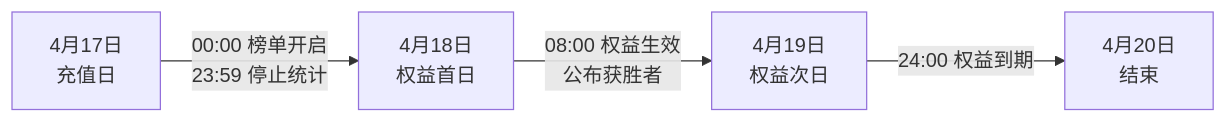
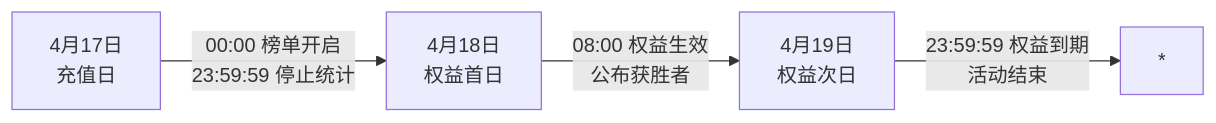
The first of 3 diagrams in src/campaign/pages/005-01-monthly-recharge-king/PRD.md (covetworld-png/dinoisland), drawn with Mermaid before and after one commit.

Commit message:
docs(005-01): 修正运营时间线边界
- 明确权益于 4月19日 23:59:59 到期结束
- 移除流程图中多余的 4月20日 节点

````diff
--- a/src/campaign/pages/005-01-monthly-recharge-king/PRD.md
+++ b/src/campaign/pages/005-01-monthly-recharge-king/PRD.md
@@ -24,6 +24,6 @@
 ```mermaid
 flowchart LR
-    A[4月17日<br/>充值日] -->|00:00 榜单开启<br/>23:59 停止统计| B[4月18日<br/>权益首日]
+    A[4月17日<br/>充值日] -->|00:00 榜单开启<br/>23:59:59 停止统计| B[4月18日<br/>权益首日]
     B -->|08:00 权益生效<br/>公布获胜者| C[4月19日<br/>权益次日]
-    C -->|24:00 权益到期| D[4月20日<br/>结束]
+    C -->|23:59:59 权益到期<br/>活动结束| D[*]
 ```
````
